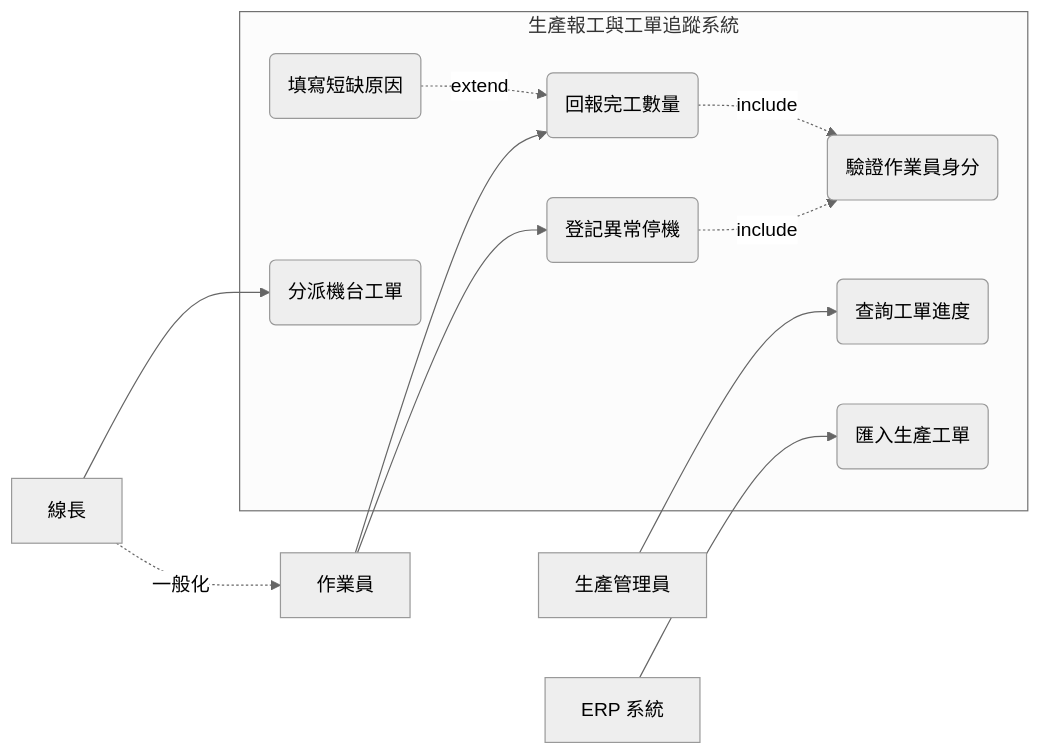
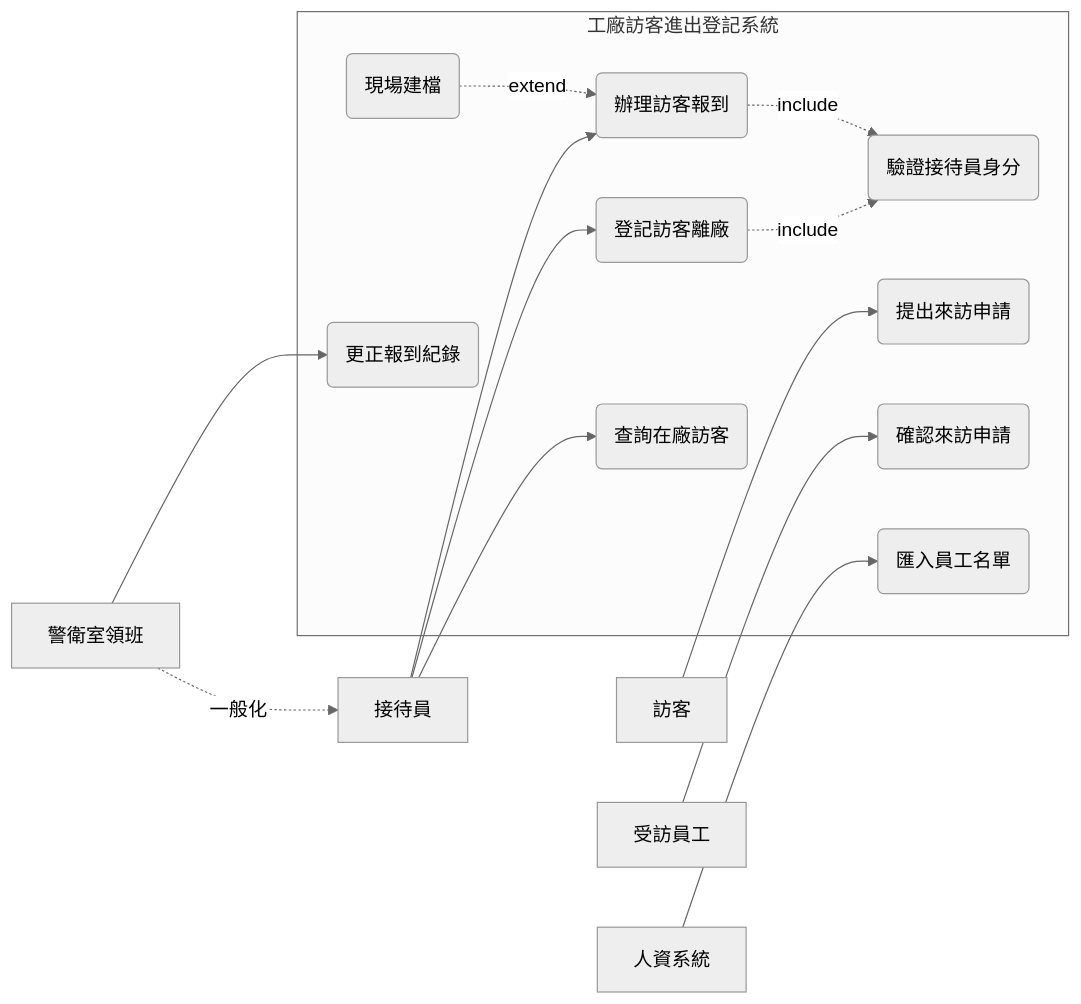
One commit to billy1125/system-analysis-and-design changed the second of 3 diagrams in 01-Course-Materials/03-User-Analysis.md. Above: the diagram before and after it, drawn with Mermaid (neutral theme). The commit also changed other lines of this file and 30 other files, not shown here.

````diff
--- a/01-Course-Materials/03-User-Analysis.md
+++ b/01-Course-Materials/03-User-Analysis.md
@@ -357,27 +356,32 @@
 ```mermaid
 flowchart LR
-    OP[作業員]
-    LL[線長]
-    PC[生產管理員]
-    ERP[ERP 系統]
+    V[訪客]
+    RC[接待員]
+    LD[警衛室領班]
+    EM[受訪員工]
+    HR[人資系統]
 
-    subgraph SYS[生產報工與工單追蹤系統]
-        UC1(回報完工數量)
-        UC2(登記異常停機)
-        UC3(驗證作業員身分)
-        UC4(填寫短缺原因)
-        UC5(分派機台工單)
-        UC6(查詢工單進度)
-        UC7(匯入生產工單)
+    subgraph SYS[工廠訪客進出登記系統]
+        UC1(辦理訪客報到)
+        UC2(登記訪客離廠)
+        UC3(驗證接待員身分)
+        UC4(現場建檔)
+        UC5(更正報到紀錄)
+        UC6(查詢在廠訪客)
+        UC7(匯入員工名單)
+        UC8(提出來訪申請)
+        UC9(確認來訪申請)
     end
 
-    OP --> UC1
-    OP --> UC2
-    LL --> UC5
-    PC --> UC6
-    ERP --> UC7
-    LL -. 一般化 .-> OP
+    V --> UC8
+    RC --> UC1
+    RC --> UC2
+    RC --> UC6
+    LD --> UC5
+    EM --> UC9
+    HR --> UC7
+    LD -. 一般化 .-> RC
     UC1 -. include .-> UC3
     UC2 -. include .-> UC3
     UC4 -. extend .-> UC1
 ```
````
